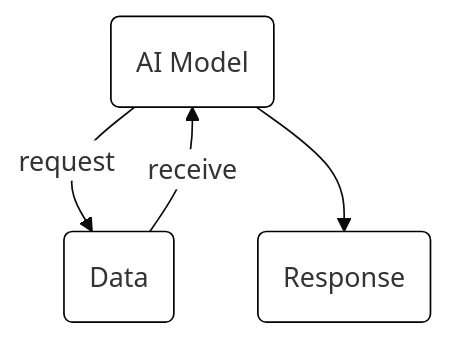
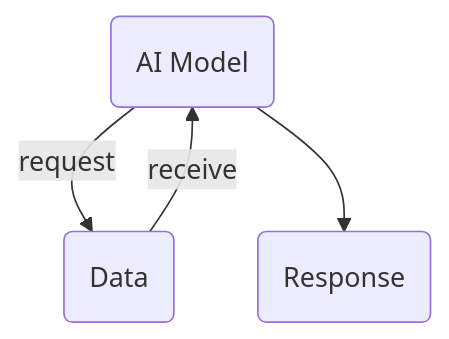
One commit to ahmed33033/ai-dictionary changed the diagram in README.md. Above: the diagram before and after it, drawn with Mermaid. The commit also changed other lines of this file and 3 other files, not shown here.

````diff
--- a/README.md
+++ b/README.md
@@ -93,16 +75,8 @@
 ```mermaid
----
-config:
-    theme: base
-    themeVariables:
-        primaryBorderColor: '#000000'
-        secondaryBorderColor: '#000000'
-        primaryColor: '#FFFFFF'
----
 flowchart
     model@{shape: rounded, label: "AI Model"}
     data@{shape: rounded, label: "Data"}
         model --> |request|data
         data --> |receive|model
     model --> Goal@{shape: rounded, label: "Response"}
 ```
````
